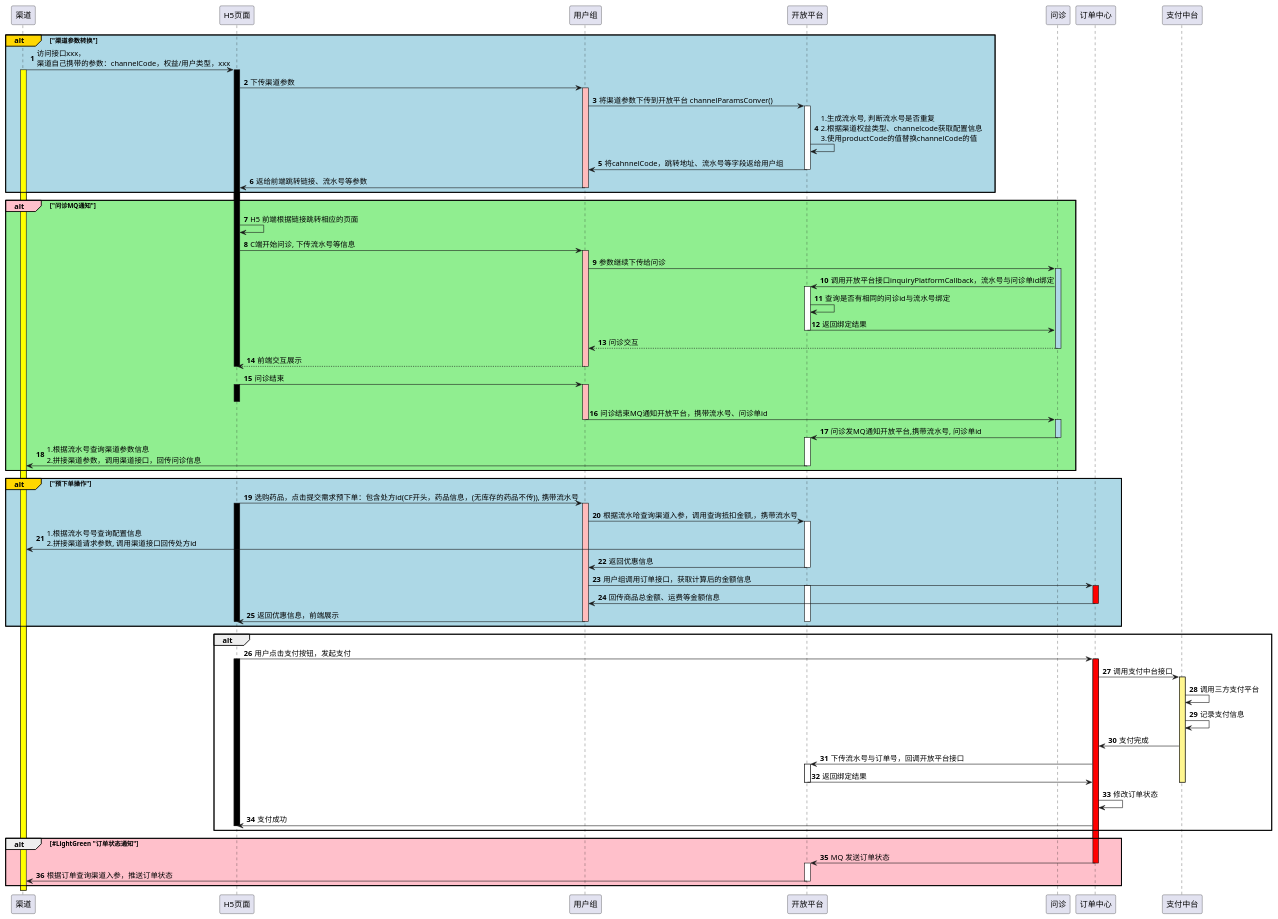
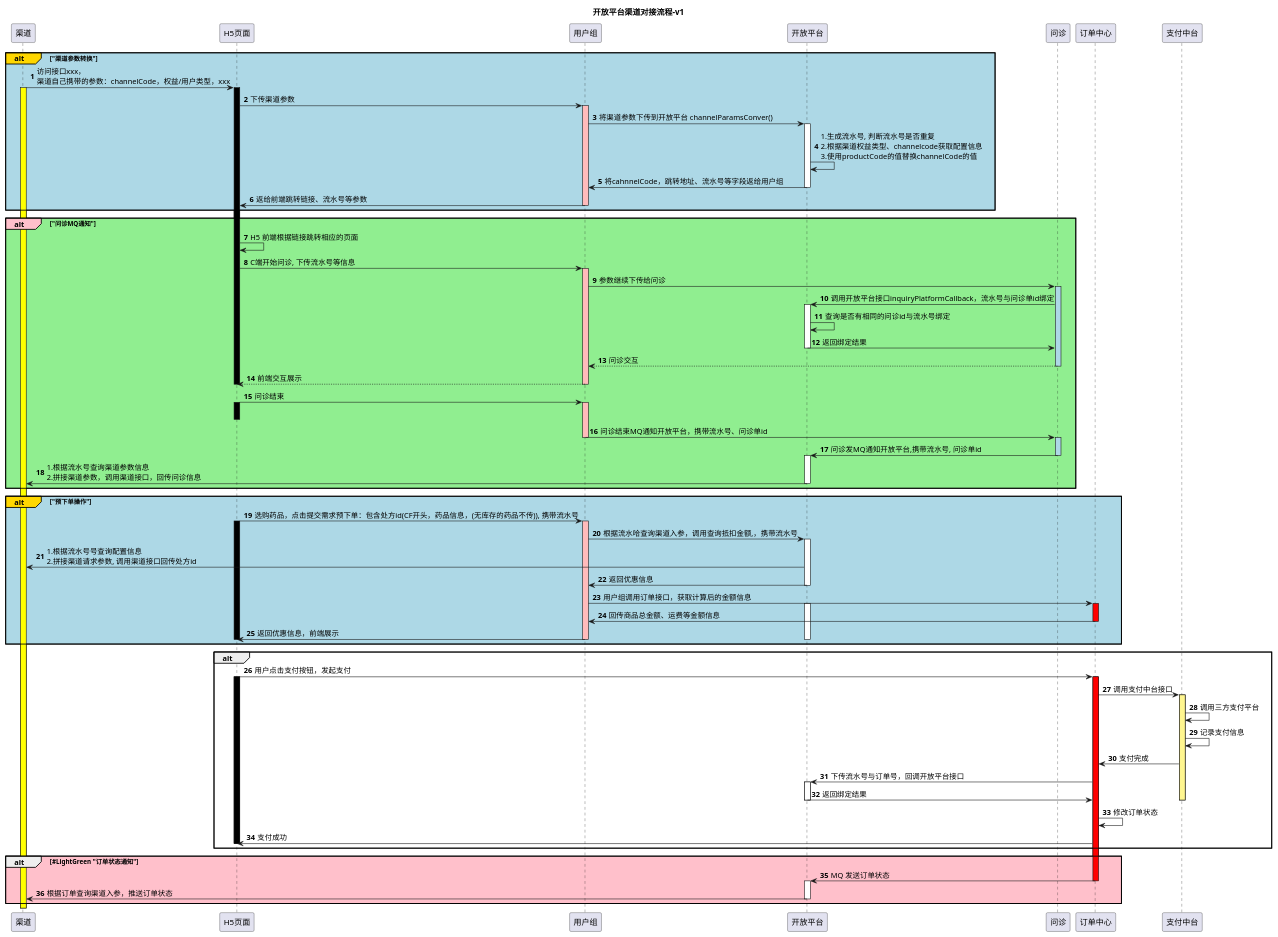
Before and after one commit to sunyue0315/Java_Record: the diagram in workutil/worktest/src/main/java/com/anzhi/worktest/plantuml/OpenAPIChannelMap.puml, drawn with PlantUML.

Commit message:
1. 开放平台

```diff
--- a/workutil/worktest/src/main/java/com/anzhi/worktest/plantuml/OpenAPIChannelMap.puml
+++ b/workutil/worktest/src/main/java/com/anzhi/worktest/plantuml/OpenAPIChannelMap.puml
@@ -1,108 +1,109 @@
 @startuml
+title 开放平台渠道对接流程-v1
 autonumber
 
 participant "渠道" as channel
 participant "H5页面" as H5
 participant "用户组" as userServer
 
 alt#Gold #LightBlue "渠道参数转换"
 channel->H5 : 访问接口xxx，\n渠道自己携带的参数：channelCode，权益/用户类型，xxx
 activate channel #Yellow
 activate H5 #black
 H5->userServer: 下传渠道参数
 activate userServer #FFBBBB
 
 participant "开放平台" as openApi
 userServer->openApi: 将渠道参数下传到开放平台 channelParamsConver()
 activate openApi
 openApi->openApi: 1.生成流水号, 判断流水号是否重复\n2.根据渠道权益类型、channelcode获取配置信息\n3.使用productCode的值替换channelCode的值
 openApi->userServer: 将cahnnelCode，跳转地址、流水号等字段返给用户组
 deactivate openApi
 
 userServer->H5:返给前端跳转链接、流水号等参数
 deactivate userServer
 end
 
 participant "问诊" as inquiry
 alt#Pink #LightGreen "问诊MQ通知"
 H5->H5: H5 前端根据链接跳转相应的页面
 H5->userServer : C端开始问诊, 下传流水号等信息
 activate userServer #FFBBBB
 userServer->inquiry: 参数继续下传给问诊
 activate inquiry #LightBlue
 inquiry -> openApi : 调用开放平台接口inquiryPlatformCallback，流水号与问诊单id绑定
 activate openApi
 openApi -> openApi : 查询是否有相同的问诊id与流水号绑定
 openApi -> inquiry : 返回绑定结果
 deactivate openApi
 inquiry-->userServer : 问诊交互
 deactivate inquiry
 userServer-->H5 : 前端交互展示
 deactivate H5
 deactivate userServer
 
 
 H5->userServer: 问诊结束
 activate userServer #FFBBBB
 activate H5 #black
 deactivate H5
 userServer->inquiry: 问诊结束MQ通知开放平台，携带流水号、问诊单id
 deactivate userServer
 activate inquiry #LightBlue
 inquiry->openApi:问诊发MQ通知开放平台,携带流水号, 问诊单id
 deactivate inquiry
 activate openApi
 openApi->channel: 1.根据流水号查询渠道参数信息\n2.拼接渠道参数，调用渠道接口，回传问诊信息
 deactivate openApi
 end
 
 participant "订单中心" as orderCenter
 alt#Gold #LightBlue "预下单操作"
 H5->userServer: 选购药品，点击提交需求预下单：包含处方id(CF开头，药品信息，(无库存的药品不传)), 携带流水号
 activate H5 #black
 activate userServer #FFBBBB
 userServer->openApi: 根据流水哈查询渠道入参，调用查询抵扣金额,，携带流水号
 activate openApi
 openApi->channel: 1.根据流水号号查询配置信息\n2.拼接渠道请求参数, 调用渠道接口回传处方id
 openApi -> userServer : 返回优惠信息
 deactivate openApi
 userServer->orderCenter: 用户组调用订单接口，获取计算后的金额信息
 activate orderCenter #Red
 activate openApi
 orderCenter->userServer: 回传商品总金额、运费等金额信息
 deactivate orderCenter
 userServer->H5 : 返回优惠信息，前端展示
 deactivate H5
 deactivate userServer
 deactivate openApi
 end
 
 participant "支付中台" as payCenter
 alt
 H5 -> orderCenter : 用户点击支付按钮，发起支付
 activate orderCenter #Red
 activate H5 #black
 orderCenter -> payCenter : 调用支付中台接口
 activate payCenter 	#FFF68F
 payCenter -> payCenter : 调用三方支付平台
 payCenter -> payCenter : 记录支付信息
 payCenter -> orderCenter: 支付完成
 orderCenter -> openApi : 下传流水号与订单号，回调开放平台接口
 activate openApi
 openApi -> orderCenter : 返回绑定结果
 deactivate openApi
 deactivate payCenter
 orderCenter -> orderCenter : 修改订单状态
 orderCenter -> H5 : 支付成功
 deactivate H5
 
 end
 
 alt #Pink #LightGreen "订单状态通知"
 orderCenter -> openApi : MQ 发送订单状态
 deactivate orderCenter
 activate openApi
 openApi -> channel : 根据订单查询渠道入参，推送订单状态
 deactivate openApi
 end
 @enduml
```
